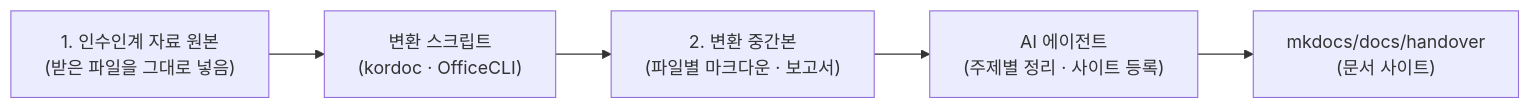
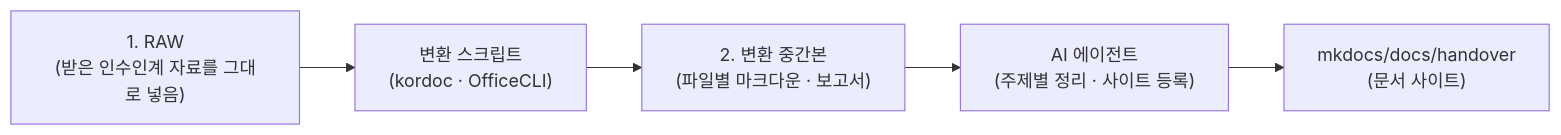
The diagram in README.md (kedufine/work_notes_mkdocs), drawn with Mermaid before and after one commit. The commit also changed other lines of this file and 14 other files, not shown here.

````diff
--- a/README.md
+++ b/README.md
@@ -5,7 +5,7 @@
 ```mermaid
 flowchart LR
-    A["1. 인수인계 자료 원본<br>(받은 파일을 그대로 넣음)"] --> B["변환 스크립트<br>(kordoc · OfficeCLI)"]
+    A["1. RAW<br>(받은 인수인계 자료를 그대로 넣음)"] --> B["변환 스크립트<br>(kordoc · OfficeCLI)"]
     B --> C["2. 변환 중간본<br>(파일별 마크다운 · 보고서)"]
     C --> D["AI 에이전트<br>(주제별 정리 · 사이트 등록)"]
     D --> E["mkdocs/docs/handover<br>(문서 사이트)"]
 ```
````
